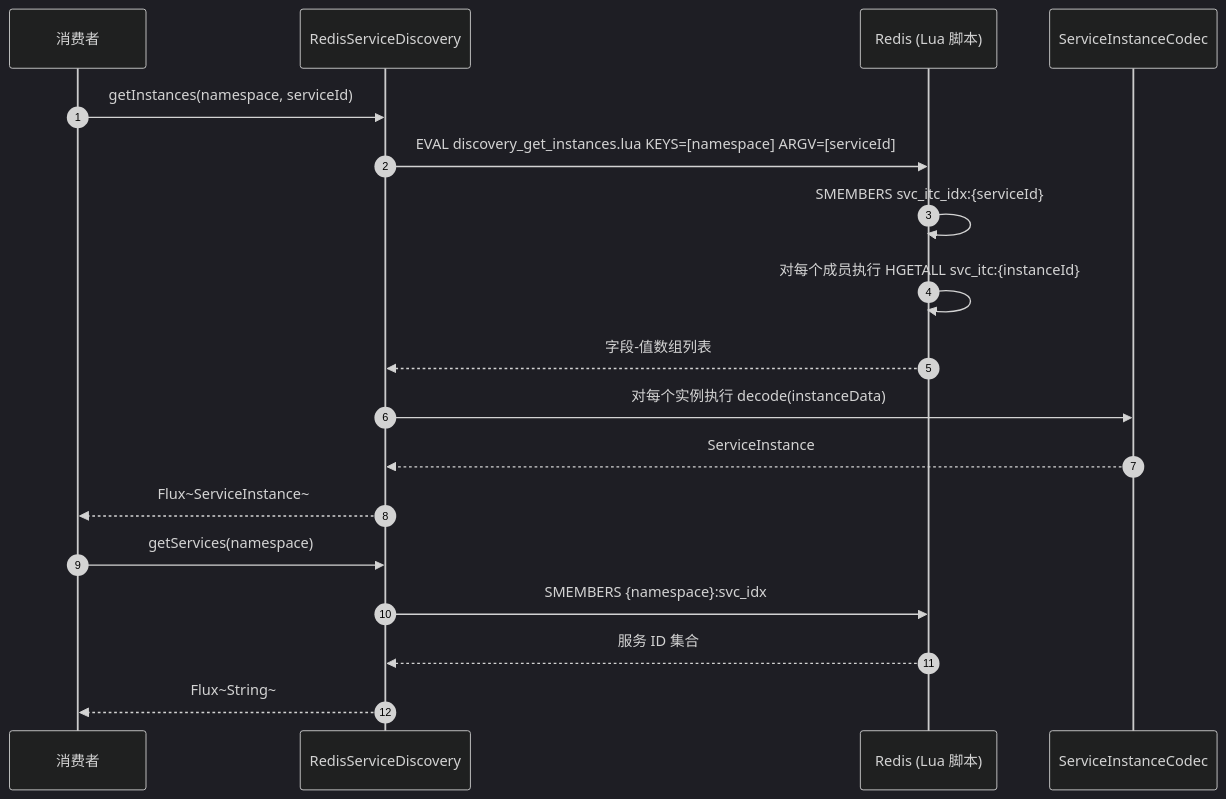
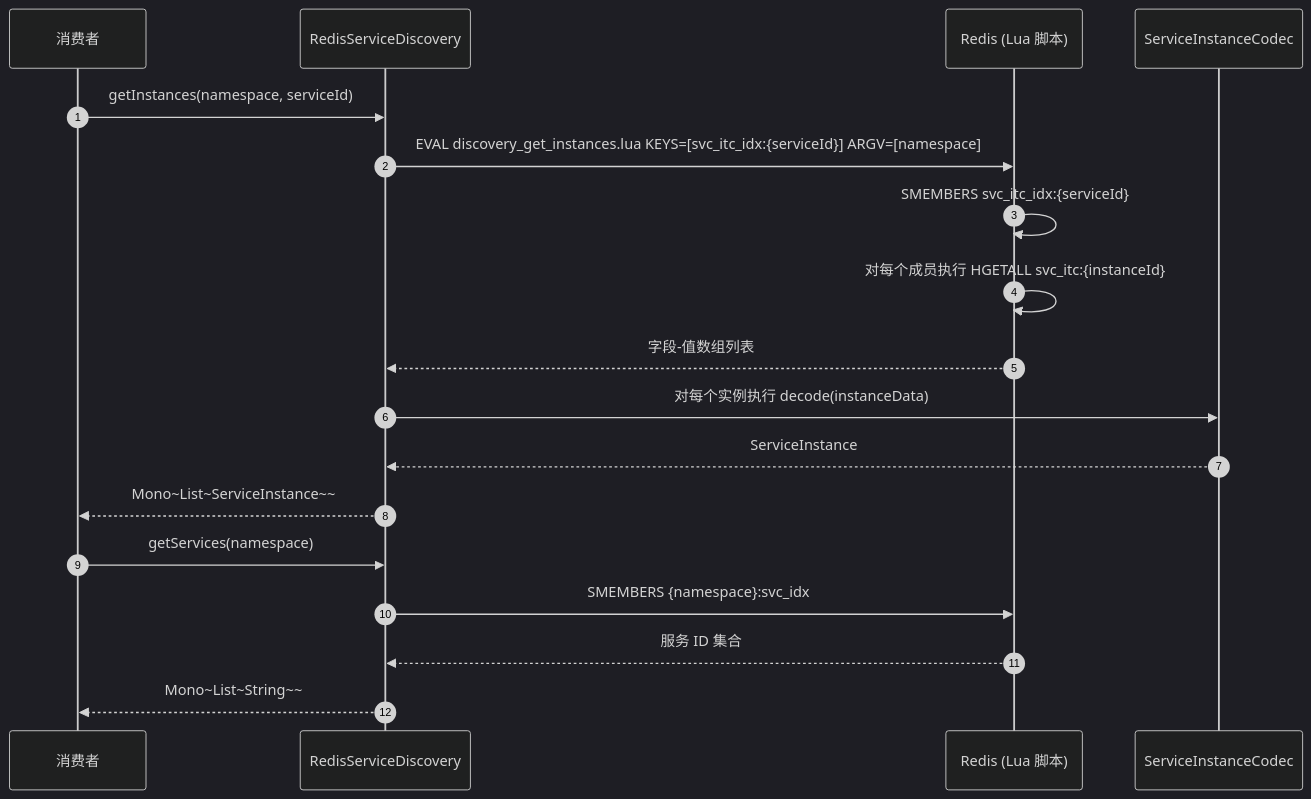
The first of 4 diagrams in wiki/zh/guide/service-discovery.md (Ahoo-Wang/CoSky), drawn with Mermaid (dark theme) before and after one commit. The commit also changed other lines of this file and 201 other files, not shown here.

First line of the commit message:
Architecture & quality overhaul: consistent caches, Lua modularization, expiry reaping, security hardening (#985)

````diff
--- a/wiki/zh/guide/service-discovery.md
+++ b/wiki/zh/guide/service-discovery.md
@@ -93,22 +95,22 @@
 ```mermaid
 sequenceDiagram
     autonumber
     participant Client as 消费者
     participant RSD as RedisServiceDiscovery
     participant Redis as Redis (Lua 脚本)
     participant Codec as ServiceInstanceCodec
 
     Client->>RSD: getInstances(namespace, serviceId)
-    RSD->>Redis: EVAL discovery_get_instances.lua KEYS=[namespace] ARGV=[serviceId]
+    RSD->>Redis: EVAL discovery_get_instances.lua KEYS=[svc_itc_idx:{serviceId}] ARGV=[namespace]
     Redis->>Redis: SMEMBERS svc_itc_idx:{serviceId}
     Redis->>Redis: 对每个成员执行 HGETALL svc_itc:{instanceId}
     Redis-->>RSD: 字段-值数组列表
     RSD->>Codec: 对每个实例执行 decode(instanceData)
     Codec-->>RSD: ServiceInstance
-    RSD-->>Client: Flux~ServiceInstance~
+    RSD-->>Client: Mono~List~ServiceInstance~~
 
     Client->>RSD: getServices(namespace)
     RSD->>Redis: SMEMBERS {namespace}:svc_idx
     Redis-->>RSD: 服务 ID 集合
-    RSD-->>Client: Flux~String~
+    RSD-->>Client: Mono~List~String~~
 ```
````
